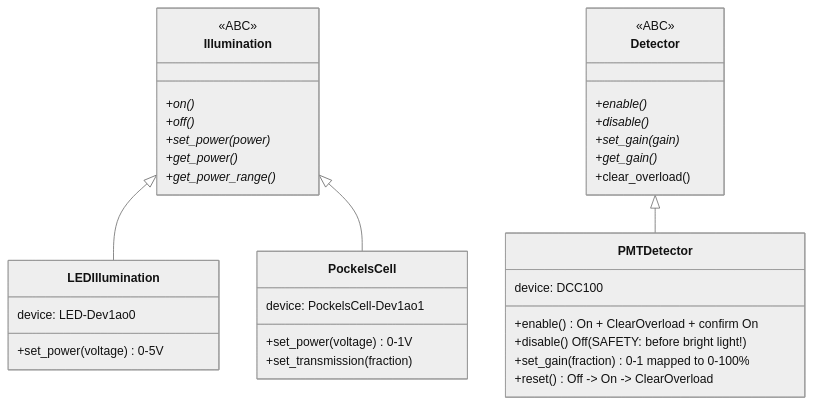
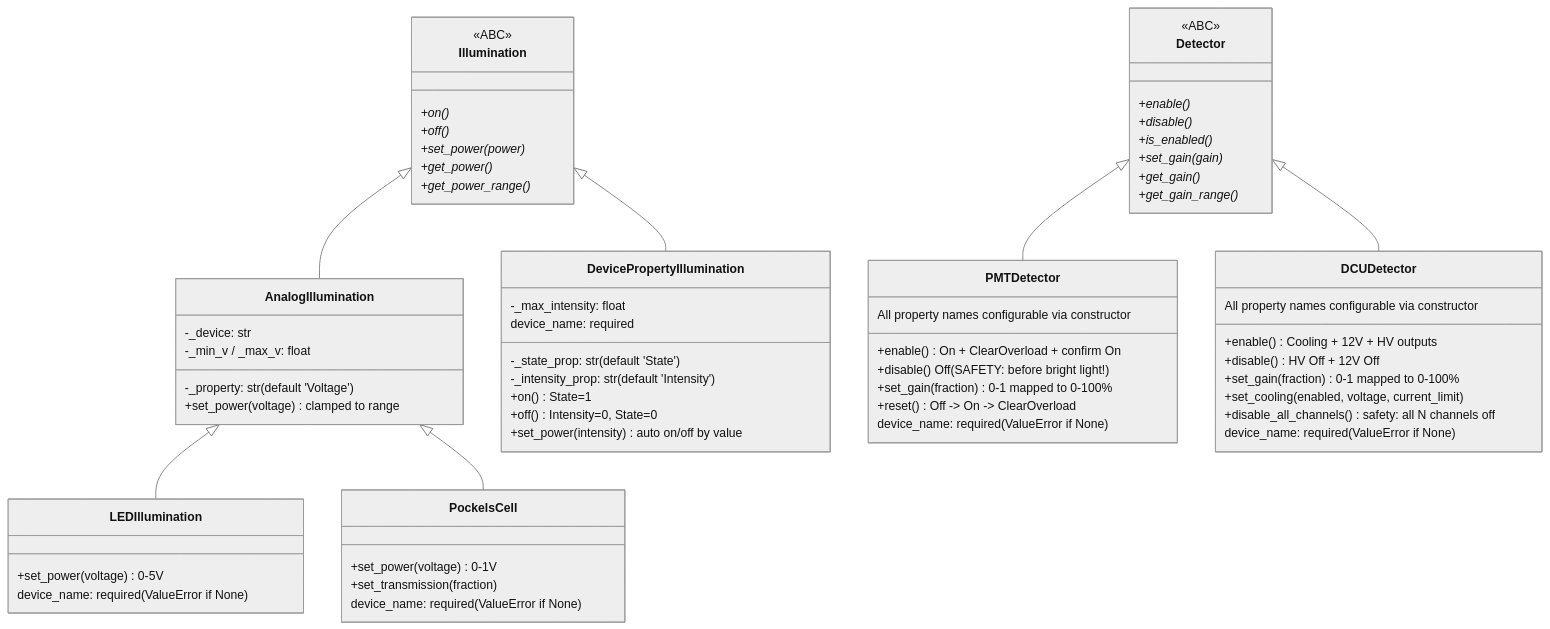
The sixth of 7 diagrams in documentation/developer/HARDWARE_ABSTRACTION.md (uw-loci/qupath-extension-qpsc), drawn with Mermaid (neutral theme) before and after one commit. The commit also changed other lines of this file and 12 other files, not shown here.

````diff
--- a/documentation/developer/HARDWARE_ABSTRACTION.md
+++ b/documentation/developer/HARDWARE_ABSTRACTION.md
@@ -267,43 +430,75 @@
 ```mermaid
 classDiagram
     class Illumination {
         <<ABC>>
         +on()*
         +off()*
         +set_power(power)*
         +get_power()*
         +get_power_range()*
     }
 
+    class AnalogIllumination {
+        -_device: str
+        -_property: str (default 'Voltage')
+        -_min_v / _max_v: float
+        +set_power(voltage) clamped to range
+    }
+
     class LEDIllumination {
         +set_power(voltage) 0-5V
-        device: LED-Dev1ao0
+        device_name: required (ValueError if None)
+    }
+
+    class DevicePropertyIllumination {
+        -_state_prop: str (default 'State')
+        -_intensity_prop: str (default 'Intensity')
+        -_max_intensity: float
+        +on() State=1
+        +off() Intensity=0, State=0
+        +set_power(intensity) auto on/off by value
+        device_name: required
     }
 
     class PockelsCell {
         +set_power(voltage) 0-1V
         +set_transmission(fraction)
-        device: PockelsCell-Dev1ao1
+        device_name: required (ValueError if None)
     }
 
     class Detector {
         <<ABC>>
         +enable()*
         +disable()*
+        +is_enabled()*
         +set_gain(gain)*
         +get_gain()*
-        +clear_overload()
+        +get_gain_range()*
     }
 
     class PMTDetector {
         +enable() On + ClearOverload + confirm On
         +disable() Off (SAFETY: before bright light!)
         +set_gain(fraction) 0-1 mapped to 0-100%
         +reset() Off -> On -> ClearOverload
-        device: DCC100
+        device_name: required (ValueError if None)
+        All property names configurable via constructor
     }
 
-    Illumination <|-- LEDIllumination
-    Illumination <|-- PockelsCell
+    class DCUDetector {
+        +enable() Cooling + 12V + HV outputs
+        +disable() HV Off + 12V Off
+        +set_gain(fraction) 0-1 mapped to 0-100%
+        +set_cooling(enabled, voltage, current_limit)
+        +disable_all_channels() safety: all N channels off
+        device_name: required (ValueError if None)
+        All property names configurable via constructor
+    }
+
+    Illumination <|-- AnalogIllumination
+    AnalogIllumination <|-- LEDIllumination
+    AnalogIllumination <|-- PockelsCell
+    Illumination <|-- DevicePropertyIllumination
     Detector <|-- PMTDetector
+    Detector <|-- DCUDetector
 ```
````
